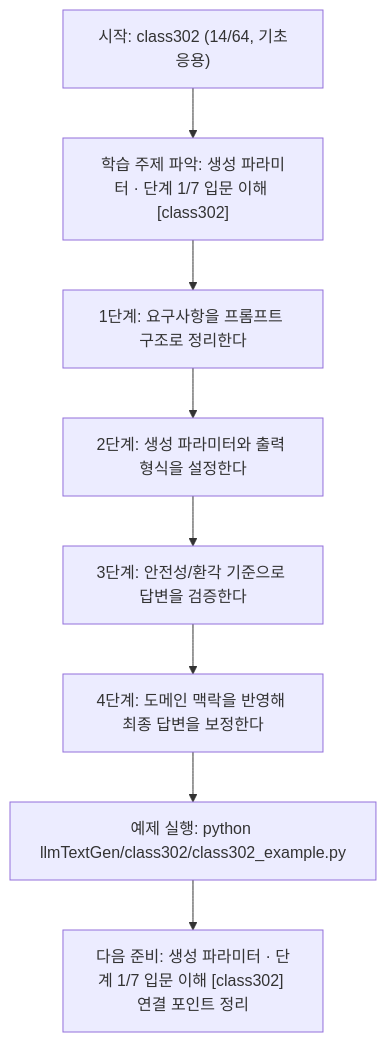
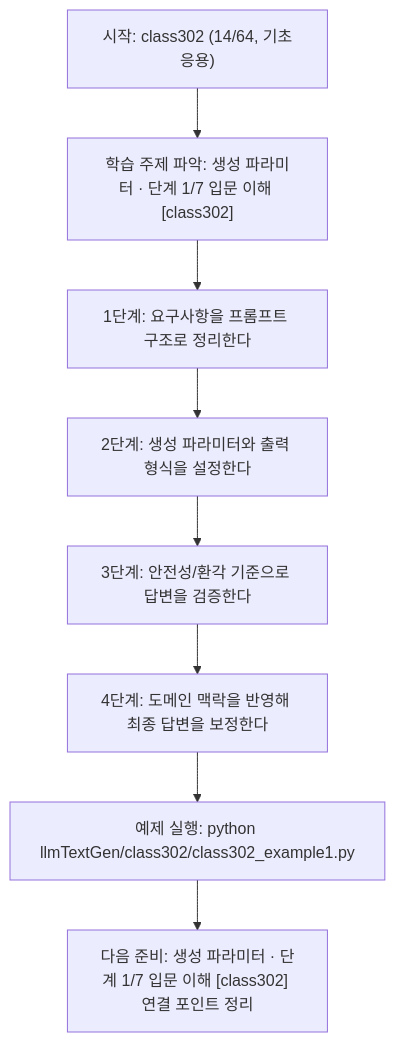
Before and after one commit to edumgt/Python-AI_Agent-Class: the diagram in llmTextGen/class302/class302.md, drawn with Mermaid. The commit also changed other lines of this file and 2959 other files, not shown here.

````diff
--- a/llmTextGen/class302/class302.md
+++ b/llmTextGen/class302/class302.md
@@ -113,18 +113,18 @@
 ```mermaid
 flowchart TD
 N1["시작: class302 (14/64, 기초응용)"]
 N2["학습 주제 파악: 생성 파라미터 · 단계 1/7 입문 이해 [class302]"]
 N3["1단계: 요구사항을 프롬프트 구조로 정리한다"]
 N4["2단계: 생성 파라미터와 출력 형식을 설정한다"]
 N5["3단계: 안전성/환각 기준으로 답변을 검증한다"]
 N6["4단계: 도메인 맥락을 반영해 최종 답변을 보정한다"]
-N7["예제 실행: python llmTextGen/class302/class302_example.py"]
+N7["예제 실행: python llmTextGen/class302/class302_example1.py"]
 N8["다음 준비: 생성 파라미터 · 단계 1/7 입문 이해 [class302] 연결 포인트 정리"]
 N1 --> N2
 N2 --> N3
 N3 --> N4
 N4 --> N5
 N5 --> N6
 N6 --> N7
 N7 --> N8
 ```
````
